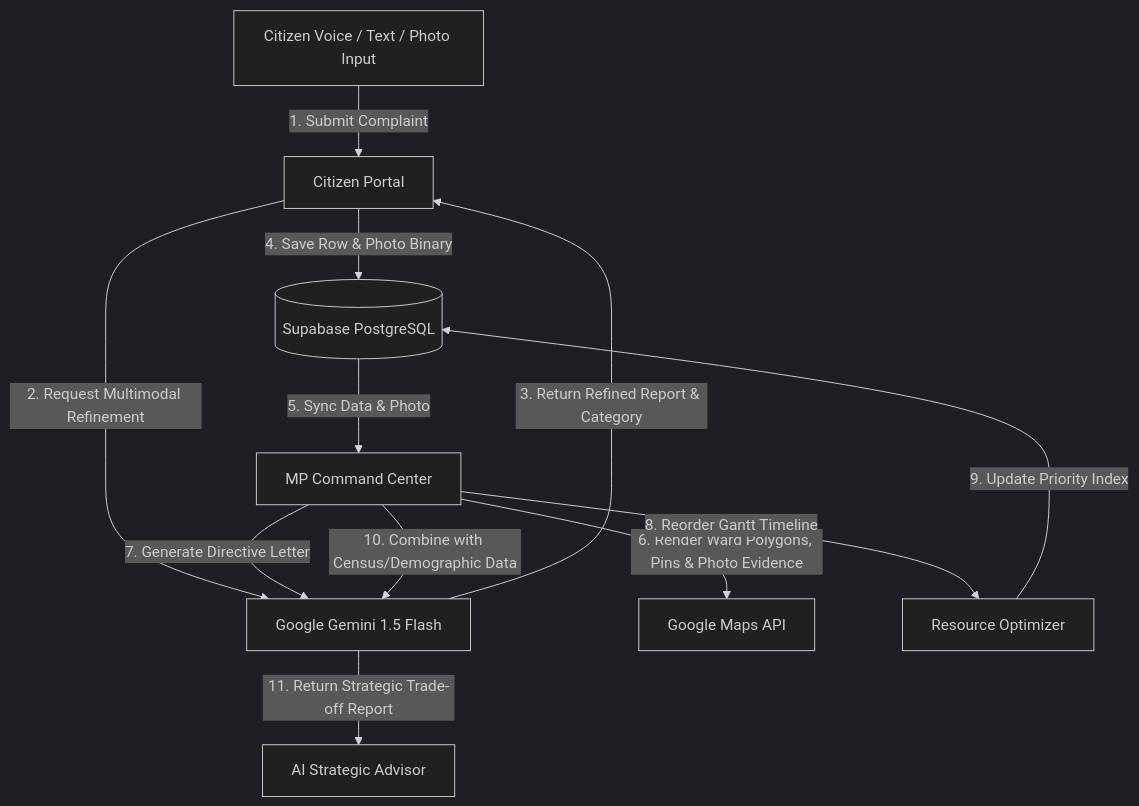
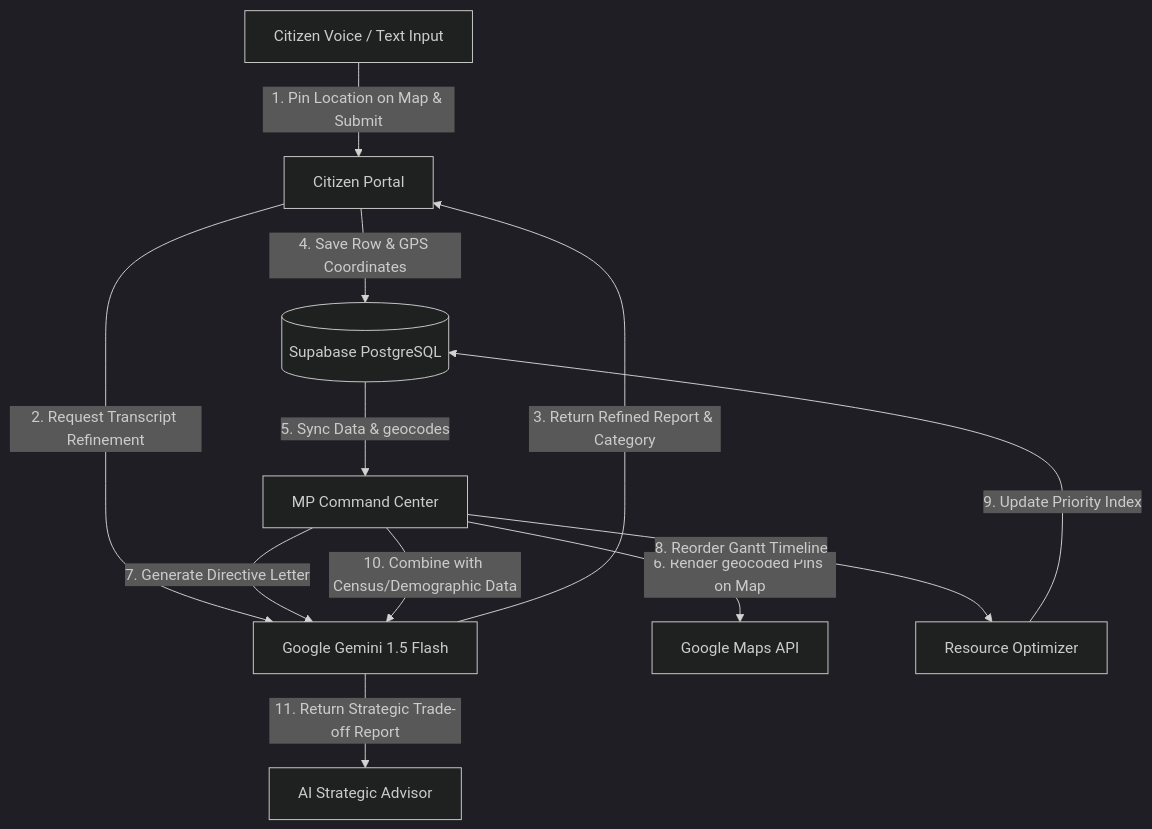
Before and after one commit to SahooShuvranshu/LokDrishti-AI: the diagram in present.md, drawn with Mermaid (dark theme). The commit also changed other lines of this file, not shown here.

Commit message:
docs: clean up presentation and walkthrough guides to remove photo references

````diff
--- a/present.md
+++ b/present.md
@@ -31,15 +31,15 @@
 ```mermaid
 graph TD
-    Citizen[Citizen Voice / Text / Photo Input] -->|1. Submit Complaint| Portal[Citizen Portal]
-    Portal -->|2. Request Multimodal Refinement| Gemini[Google Gemini 1.5 Flash]
+    Citizen[Citizen Voice / Text Input] -->|1. Pin Location on Map & Submit| Portal[Citizen Portal]
+    Portal -->|2. Request Transcript Refinement| Gemini[Google Gemini 1.5 Flash]
     Gemini -->|3. Return Refined Report & Category| Portal
-    Portal -->|4. Save Row & Photo Binary| DB[(Supabase PostgreSQL)]
+    Portal -->|4. Save Row & GPS Coordinates| DB[(Supabase PostgreSQL)]
     
-    DB -->|5. Sync Data & Photo| Admin[MP Command Center]
-    Admin -->|6. Render Ward Polygons, Pins & Photo Evidence| Maps[Google Maps API]
+    DB -->|5. Sync Data & geocodes| Admin[MP Command Center]
+    Admin -->|6. Render geocoded Pins on Map| Maps[Google Maps API]
     Admin -->|7. Generate Directive Letter| Gemini
     Admin -->|8. Reorder Gantt Timeline| Optimizer[Resource Optimizer]
     Optimizer -->|9. Update Priority Index| DB
     Admin -->|10. Combine with Census/Demographic Data| Gemini
     Gemini -->|11. Return Strategic Trade-off Report| Advisor[AI Strategic Advisor]
 ```
````
